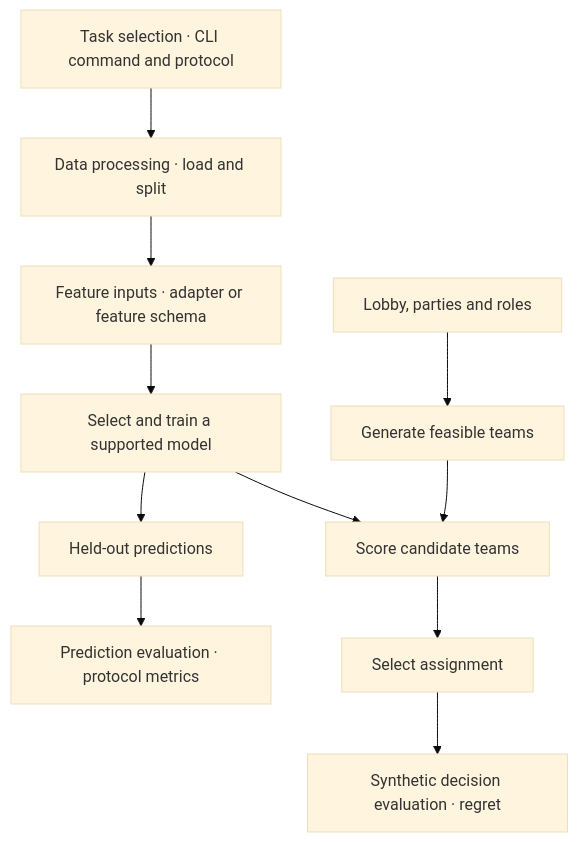
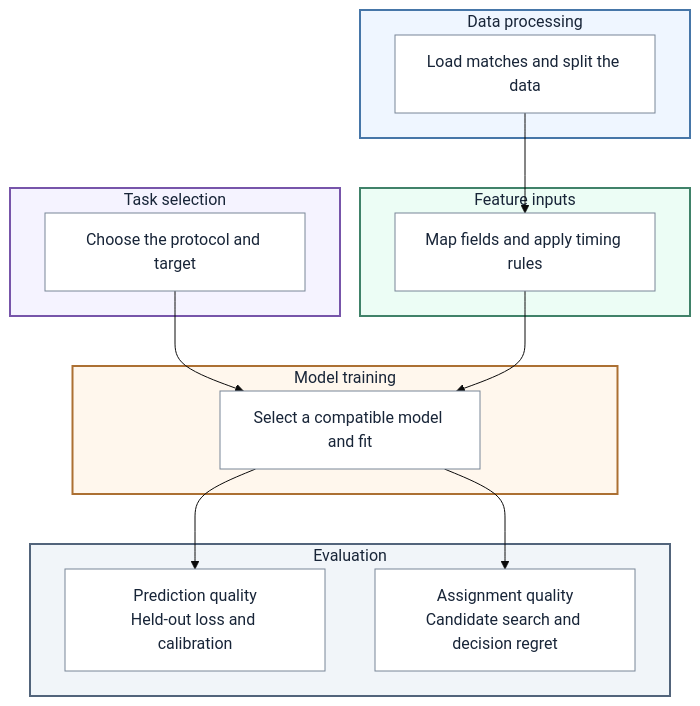
Before and after one commit to FogOfWarAI/shuach: the diagram in README.md, drawn with Mermaid (base theme). The commit also changed 1 other file, not shown here.

Commit message:
Group framework diagrams by pipeline responsibility

````diff
--- a/README.md
+++ b/README.md
@@ -15,10 +15,30 @@
 ```mermaid
-flowchart TD
-    T["Task selection · CLI command and protocol"] --> A["Data processing · load and split"]
-    A --> B["Feature inputs · adapter or feature schema"]
-    B --> C["Select and train a supported model"]
-    C --> P["Held-out predictions"] --> H["Prediction evaluation · protocol metrics"]
-    C --> D["Score candidate teams"]
-    E["Lobby, parties and roles"] --> F["Generate feasible teams"] --> D
-    D --> G["Select assignment"] --> R["Synthetic decision evaluation · regret"]
+flowchart TB
+    subgraph task["Task selection"]
+        taskStep["Choose the protocol and target"]
+    end
+    subgraph data["Data processing"]
+        dataStep["Load matches and split the data"]
+    end
+    subgraph features["Feature inputs"]
+        featuresStep["Map fields and apply timing rules"]
+    end
+    subgraph model["Model training"]
+        modelStep["Select a compatible model and fit"]
+    end
+    subgraph evaluation["Evaluation"]
+        prediction["Prediction quality<br/>Held-out loss and calibration"]
+        assignment["Assignment quality<br/>Candidate search and decision regret"]
+    end
+    taskStep --> modelStep
+    dataStep --> featuresStep --> modelStep
+    modelStep --> prediction
+    modelStep --> assignment
+    style task fill:#f5f3ff,stroke:#7755aa,color:#182538,stroke-width:2px
+    style data fill:#eff6ff,stroke:#4676a8,color:#182538,stroke-width:2px
+    style features fill:#ecfdf5,stroke:#408269,color:#182538,stroke-width:2px
+    style model fill:#fff7ed,stroke:#ac7033,color:#182538,stroke-width:2px
+    style evaluation fill:#f1f5f9,stroke:#52647b,color:#182538,stroke-width:2px
+    classDef content fill:#ffffff,stroke:#788697,color:#182538
+    class taskStep,dataStep,featuresStep,modelStep,prediction,assignment content
 ```
````
